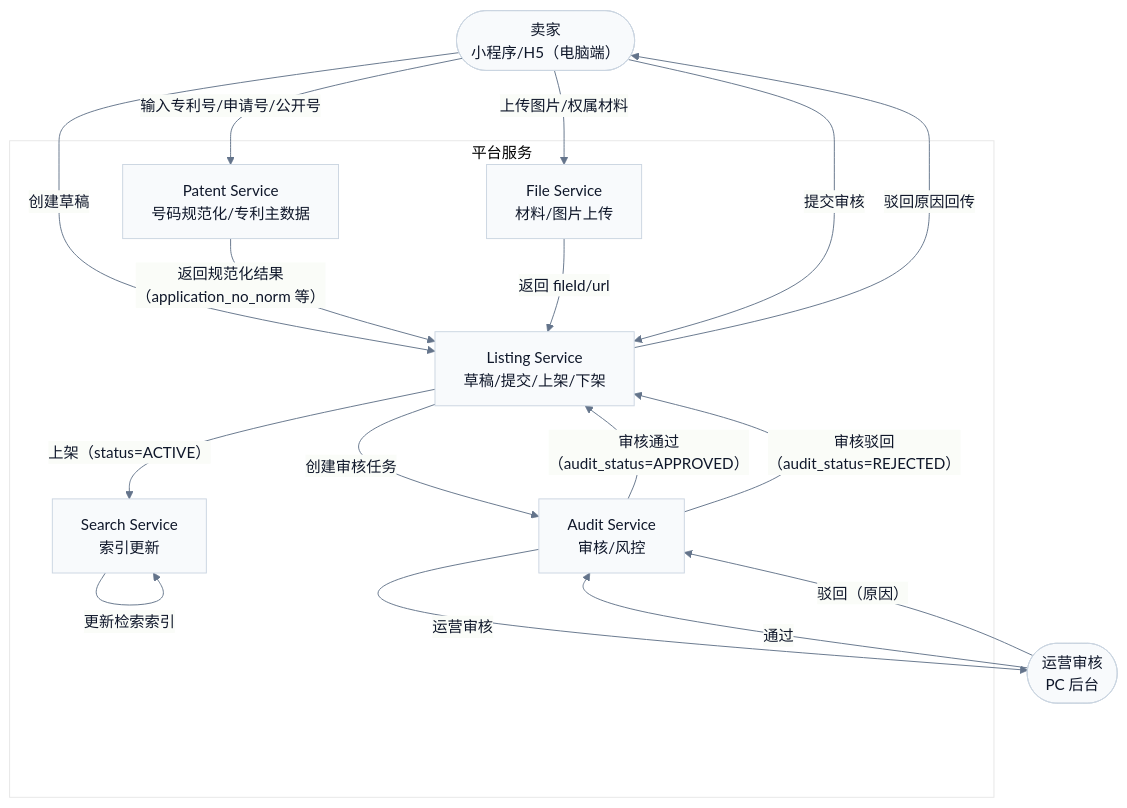
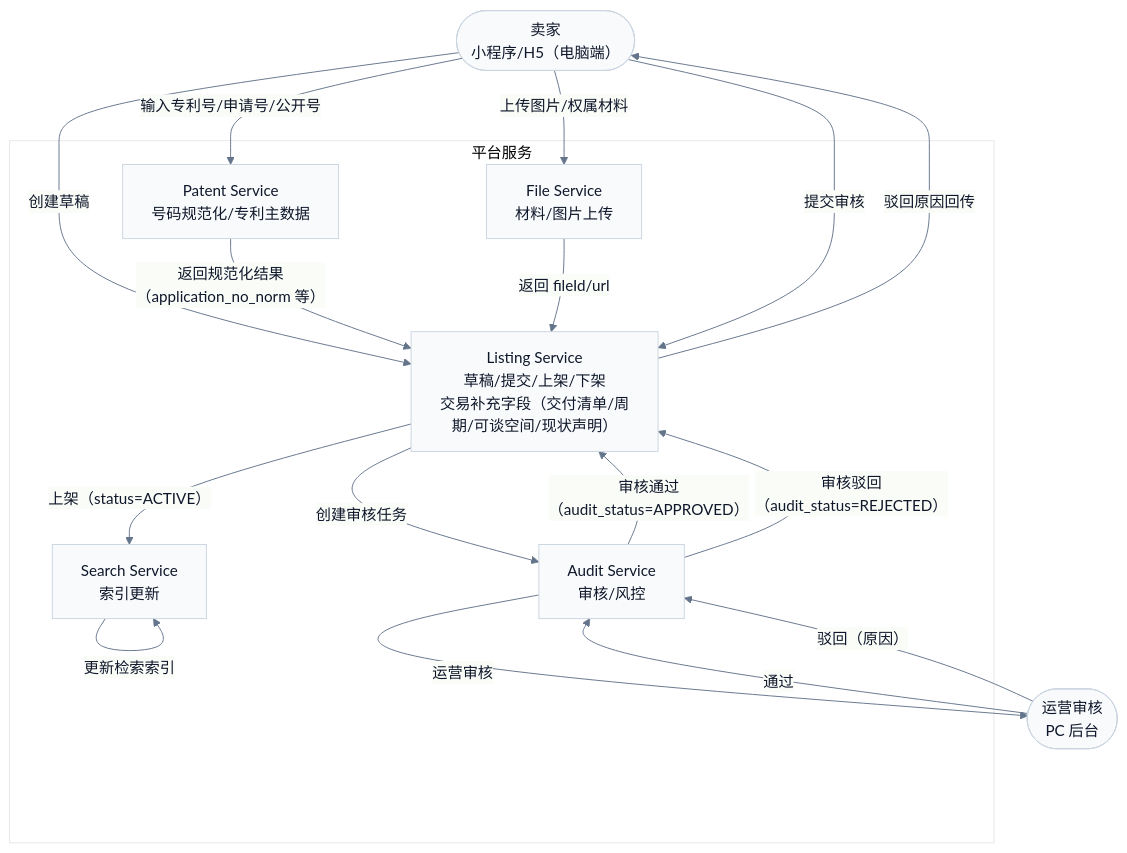
Before and after one commit to Ming-1984/Ipmoney: the diagram in docs/architecture/flow-listing-publish.mmd, drawn with Mermaid. The commit also changed 88 other files, not shown here.

```diff
--- a/docs/architecture/flow-listing-publish.mmd
+++ b/docs/architecture/flow-listing-publish.mmd
@@ -1,36 +1,36 @@
 %%{init: {'theme':'base','flowchart': {'htmlLabels': true},'themeVariables': {'fontFamily': 'Inter, Microsoft YaHei, sans-serif','lineColor':'#64748B','primaryTextColor':'#0F172A','primaryBorderColor':'#CBD5E1','primaryColor':'#F8FAFC'}}}%%
 flowchart TB
   %% 发布/审核/上架（P0）
 
   Seller(["卖家<br/>小程序/H5（电脑端）"])
   Admin(["运营审核<br/>PC 后台"])
 
   subgraph Platform[平台服务]
-    Listing["Listing Service<br/>草稿/提交/上架/下架"]
+    Listing["Listing Service<br/>草稿/提交/上架/下架<br/>交易补充字段（交付清单/周期/可谈空间/现状声明）"]
     Patent["Patent Service<br/>号码规范化/专利主数据"]
     File["File Service<br/>材料/图片上传"]
     Audit["Audit Service<br/>审核/风控"]
     Search["Search Service<br/>索引更新"]
   end
 
   Seller -->|创建草稿| Listing
   Seller -->|输入专利号/申请号/公开号| Patent
   Patent -->|返回规范化结果（application_no_norm 等）| Listing
 
   Seller -->|上传图片/权属材料| File
   File -->|返回 fileId/url| Listing
 
   Seller -->|提交审核| Listing
   Listing -->|创建审核任务| Audit
   Audit -->|运营审核| Admin
 
   Admin -->|通过| Audit
   Admin -->|驳回（原因）| Audit
 
   Audit -->|审核通过（audit_status=APPROVED）| Listing
   Audit -->|审核驳回（audit_status=REJECTED）| Listing
 
   Listing -->|上架（status=ACTIVE）| Search
   Search -->|更新检索索引| Search
 
   Listing -->|驳回原因回传| Seller
```
